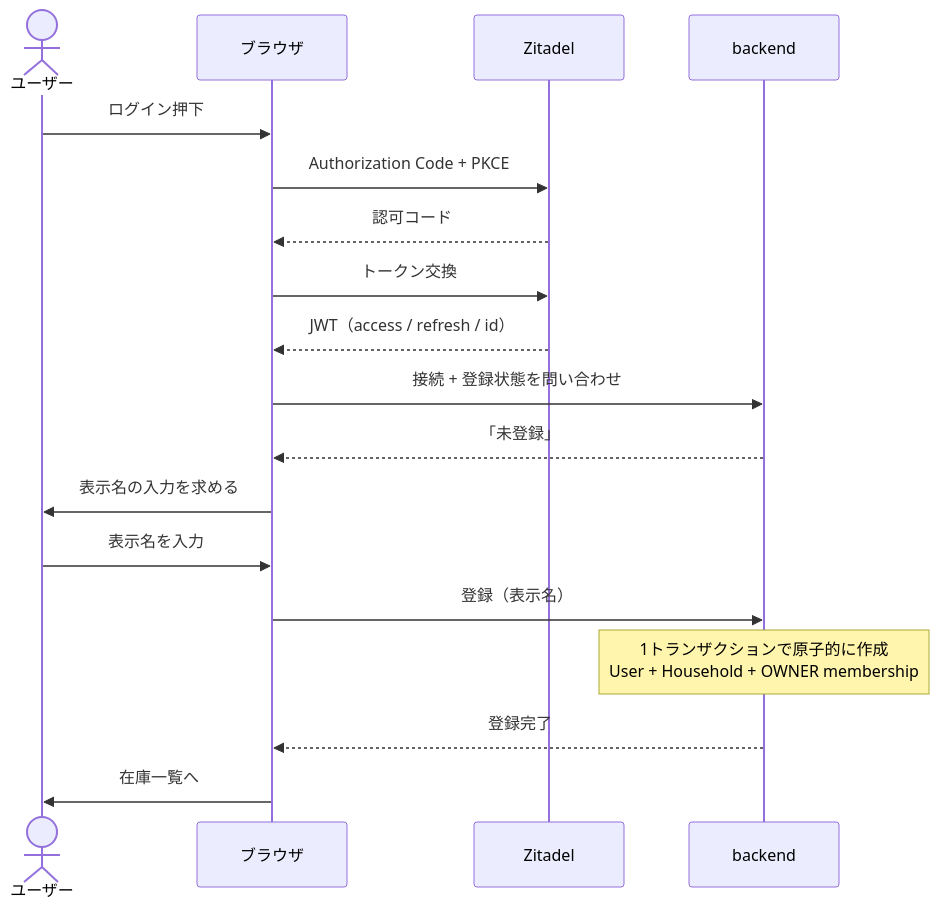
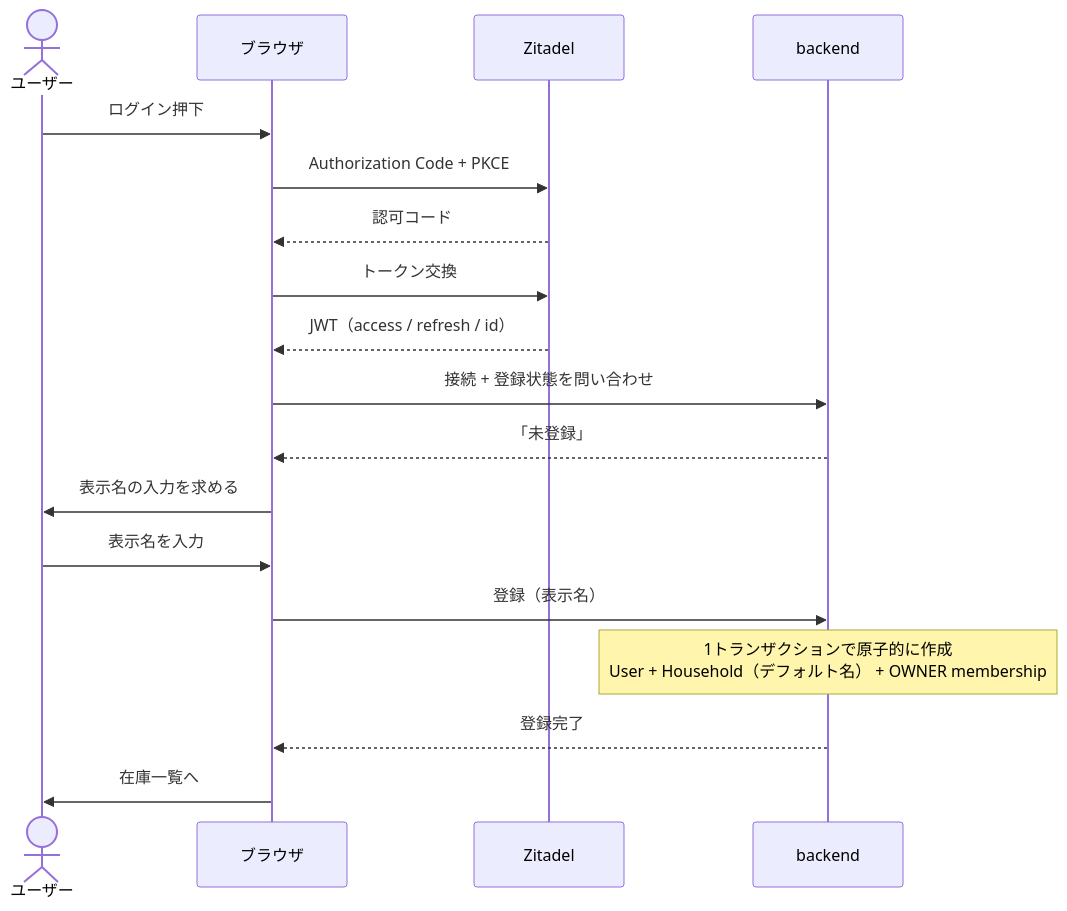
The fourth of 8 diagrams in docs/domain-and-flows-overview.md (bright-room/mindstock), drawn with Mermaid before and after one commit. The commit also changed other lines of this file and 1 other file, not shown here.

````diff
--- a/docs/domain-and-flows-overview.md
+++ b/docs/domain-and-flows-overview.md
@@ -120,23 +123,23 @@
 ```mermaid
 sequenceDiagram
     actor U as ユーザー
     participant B as ブラウザ
     participant Z as Zitadel
     participant S as backend
 
     U->>B: ログイン押下
     B->>Z: Authorization Code + PKCE
     Z-->>B: 認可コード
     B->>Z: トークン交換
     Z-->>B: JWT（access / refresh / id）
 
     B->>S: 接続 + 登録状態を問い合わせ
     S-->>B: 「未登録」
 
     B->>U: 表示名の入力を求める
     U->>B: 表示名を入力
     B->>S: 登録（表示名）
-    note over S: 1トランザクションで原子的に作成<br/>User + Household + OWNER membership
+    note over S: 1トランザクションで原子的に作成<br/>User + Household（デフォルト名） + OWNER membership
     S-->>B: 登録完了
     B->>U: 在庫一覧へ
 ```
````
